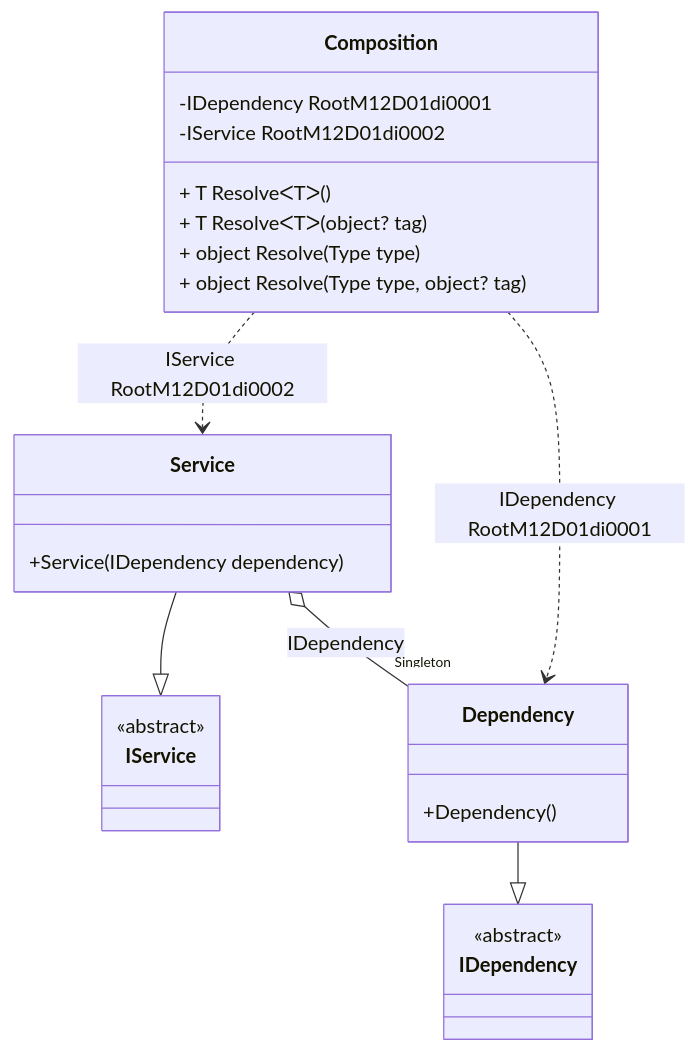
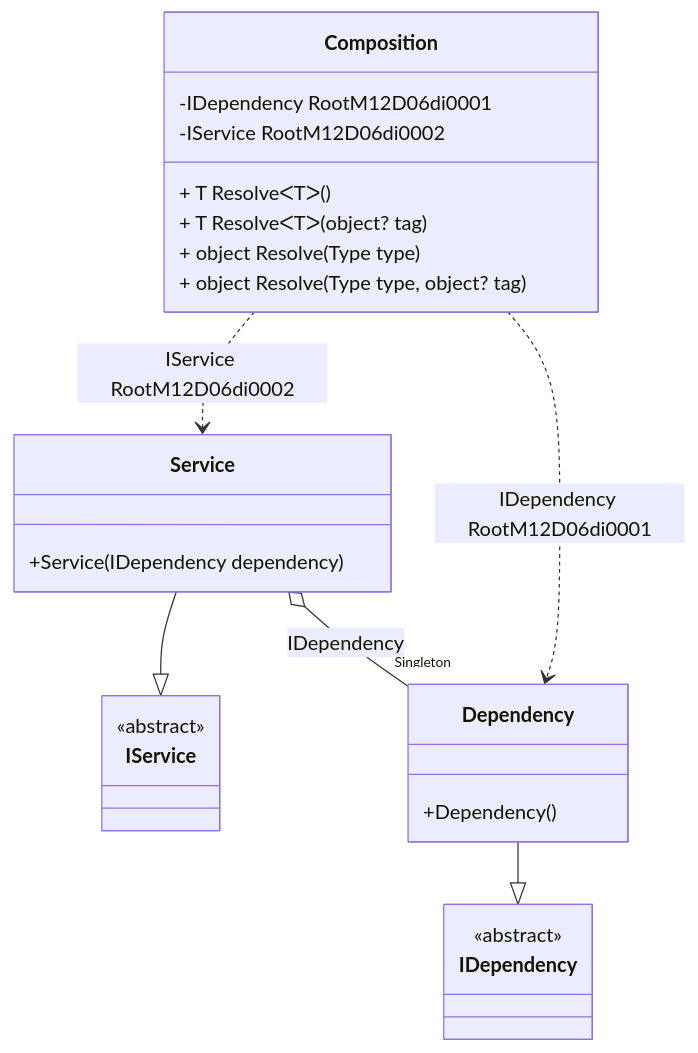
The diagram in readme/service-collection.md (DevTeam/Pure.DI), drawn with Mermaid before and after one commit. The commit also changed other lines of this file and 76 other files, not shown here.

````diff
--- a/readme/service-collection.md
+++ b/readme/service-collection.md
@@ -50,28 +50,28 @@
 ```mermaid
 classDiagram
   class Composition {
-    -IDependency RootM12D01di0001
-    -IService RootM12D01di0002
+    -IDependency RootM12D06di0001
+    -IService RootM12D06di0002
     + T ResolveᐸTᐳ()
     + T ResolveᐸTᐳ(object? tag)
     + object Resolve(Type type)
     + object Resolve(Type type, object? tag)
   }
   Service --|> IService : 
   class Service {
     +Service(IDependency dependency)
   }
   Dependency --|> IDependency : 
   class Dependency {
     +Dependency()
   }
   class IService {
     <<abstract>>
   }
   class IDependency {
     <<abstract>>
   }
   Service o--  "Singleton" Dependency : IDependency
-  Composition ..> Dependency : IDependency RootM12D01di0001
-  Composition ..> Service : IService RootM12D01di0002
+  Composition ..> Dependency : IDependency RootM12D06di0001
+  Composition ..> Service : IService RootM12D06di0002
 ```
````
